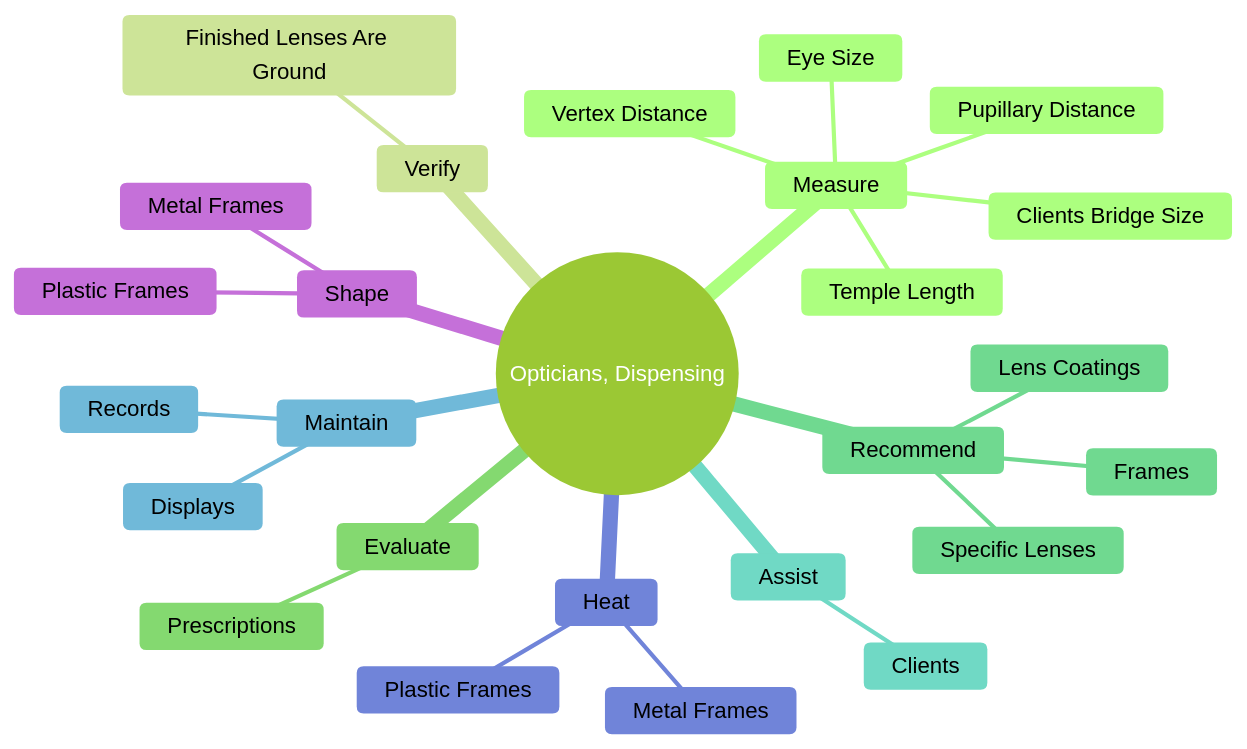
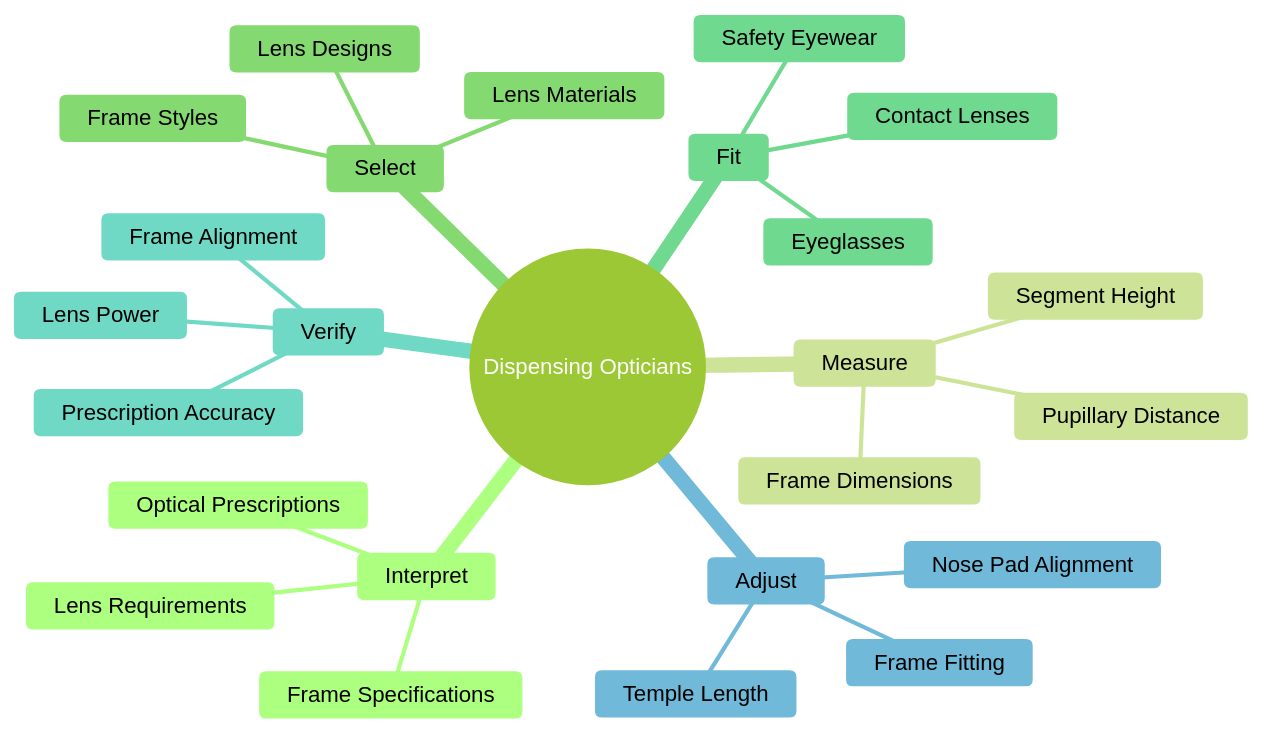
The second of 4 diagrams in occupations/HealthcarePractitioners/OpticiansDispensing.mdx (kziemski/business.org.ai), drawn with Mermaid (forest theme) before and after one commit. The commit also changed other lines of this file and 938 other files, not shown here.

````diff
--- a/occupations/HealthcarePractitioners/OpticiansDispensing.mdx
+++ b/occupations/HealthcarePractitioners/OpticiansDispensing.mdx
@@ -37,29 +45,28 @@
 ```mermaid
 mindmap
-    root(("Opticians, Dispensing"))
+    root(("Dispensing Opticians"))
+        Interpret
+            Optical Prescriptions
+            Lens Requirements
+            Frame Specifications
         Measure
-            Clients Bridge Size
-            Eye Size
+            Pupillary Distance
+            Segment Height
+            Frame Dimensions
+        Select
+            Frame Styles
+            Lens Materials
+            Lens Designs
+        Fit
+            Eyeglasses
+            Contact Lenses
+            Safety Eyewear
+        Verify
+            Lens Power
+            Prescription Accuracy
+            Frame Alignment
+        Adjust
+            Frame Fitting
             Temple Length
-            Vertex Distance
-            Pupillary Distance
-        Verify
-            Finished Lenses Are Ground
-        Evaluate
-            Prescriptions
-        Recommend
-            Specific Lenses
-            Lens Coatings
-            Frames
-        Assist
-            Clients
-        Maintain
-            Records
-            Displays
-        Heat
-            Plastic Frames
-            Metal Frames
-        Shape
-            Plastic Frames
-            Metal Frames
+            Nose Pad Alignment
 ```
````
